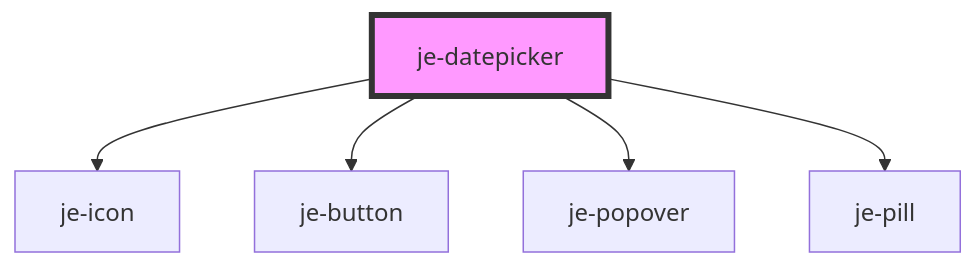
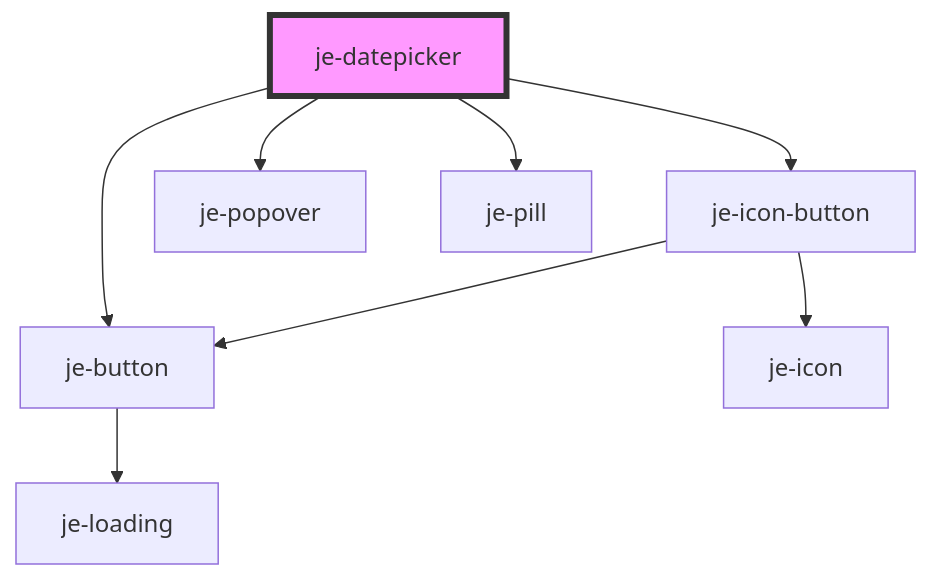
Before and after one commit to pgreen00/jebamo: the diagram in packages/docs/docs/components/je-datepicker/readme.md, drawn with Mermaid. The commit also changed other lines of this file and 47 other files, not shown here.

````diff
--- a/packages/docs/docs/components/je-datepicker/readme.md
+++ b/packages/docs/docs/components/je-datepicker/readme.md
@@ -37,8 +37,11 @@
 ```mermaid
 graph TD;
-  je-datepicker --> je-icon
+  je-datepicker --> je-icon-button
   je-datepicker --> je-button
   je-datepicker --> je-popover
   je-datepicker --> je-pill
+  je-icon-button --> je-button
+  je-icon-button --> je-icon
+  je-button --> je-loading
   style je-datepicker fill:#f9f,stroke:#333,stroke-width:4px
 ```
````
